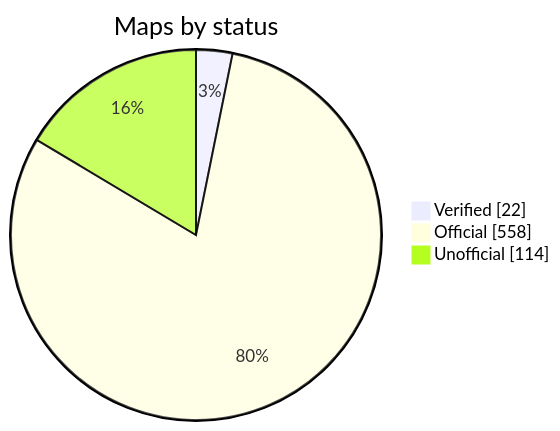
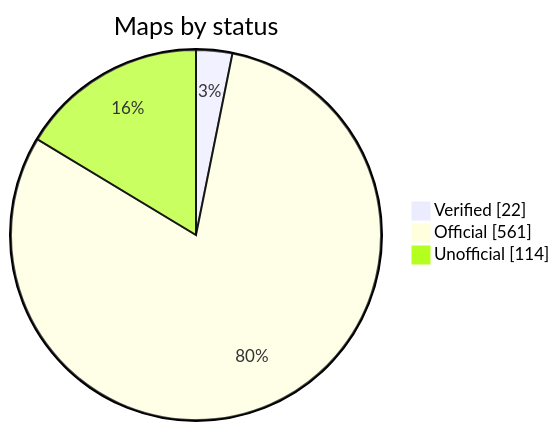
The diagram in README.md (nobrega8/mbmap-library), drawn with Mermaid before and after one commit. The commit also changed 8 other files, not shown here.

````diff
--- a/README.md
+++ b/README.md
@@ -52,7 +52,7 @@
 ```mermaid
 pie showData
     title Maps by status
     "Verified" : 22
-    "Official" : 558
+    "Official" : 561
     "Unofficial" : 114
 ```
````
